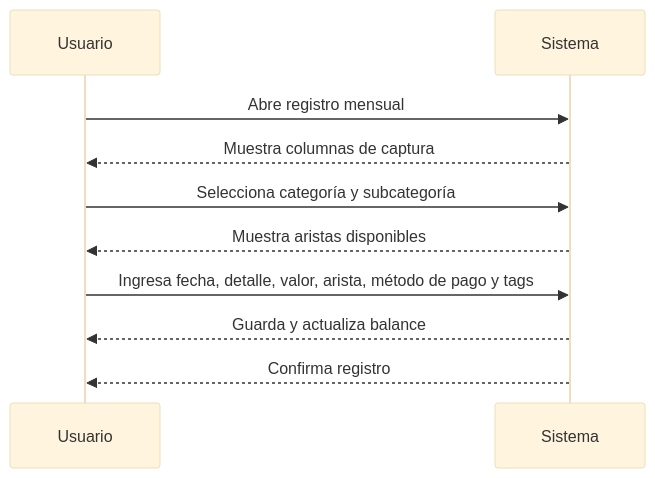
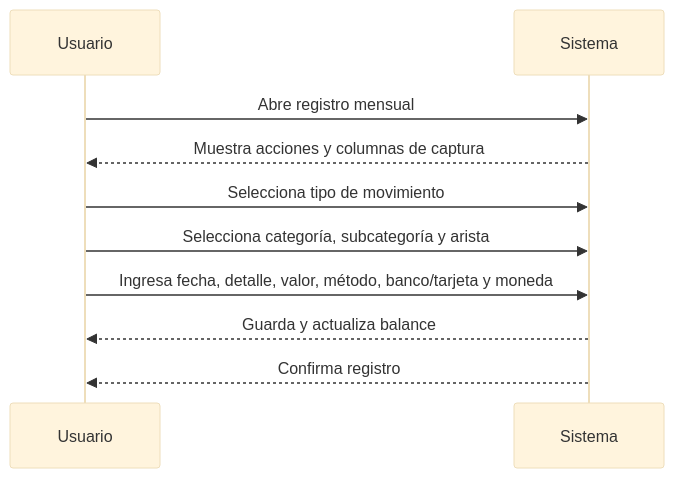
One commit to lerna-admin/BudgetApp changed the diagram in documentation/documents/casos_de_uso/RF03_registro_gastos/registro_de_gastos.md. Above: the diagram before and after it, drawn with Mermaid (base theme). The commit also changed other lines of this file and 7 other files, not shown here.

````diff
--- a/documentation/documents/casos_de_uso/RF03_registro_gastos/registro_de_gastos.md
+++ b/documentation/documents/casos_de_uso/RF03_registro_gastos/registro_de_gastos.md
@@ -126,12 +140,12 @@
 ```mermaid
 sequenceDiagram
     participant Usuario
     participant Sistema
     Usuario->>Sistema: Abre registro mensual
-    Sistema-->>Usuario: Muestra columnas de captura
-    Usuario->>Sistema: Selecciona categoría y subcategoría
-    Sistema-->>Usuario: Muestra aristas disponibles
-    Usuario->>Sistema: Ingresa fecha, detalle, valor, arista, método de pago y tags
+    Sistema-->>Usuario: Muestra acciones y columnas de captura
+    Usuario->>Sistema: Selecciona tipo de movimiento
+    Usuario->>Sistema: Selecciona categoría, subcategoría y arista
+    Usuario->>Sistema: Ingresa fecha, detalle, valor, método, banco/tarjeta y moneda
     Sistema-->>Usuario: Guarda y actualiza balance
     Sistema-->>Usuario: Confirma registro
 ```
````
